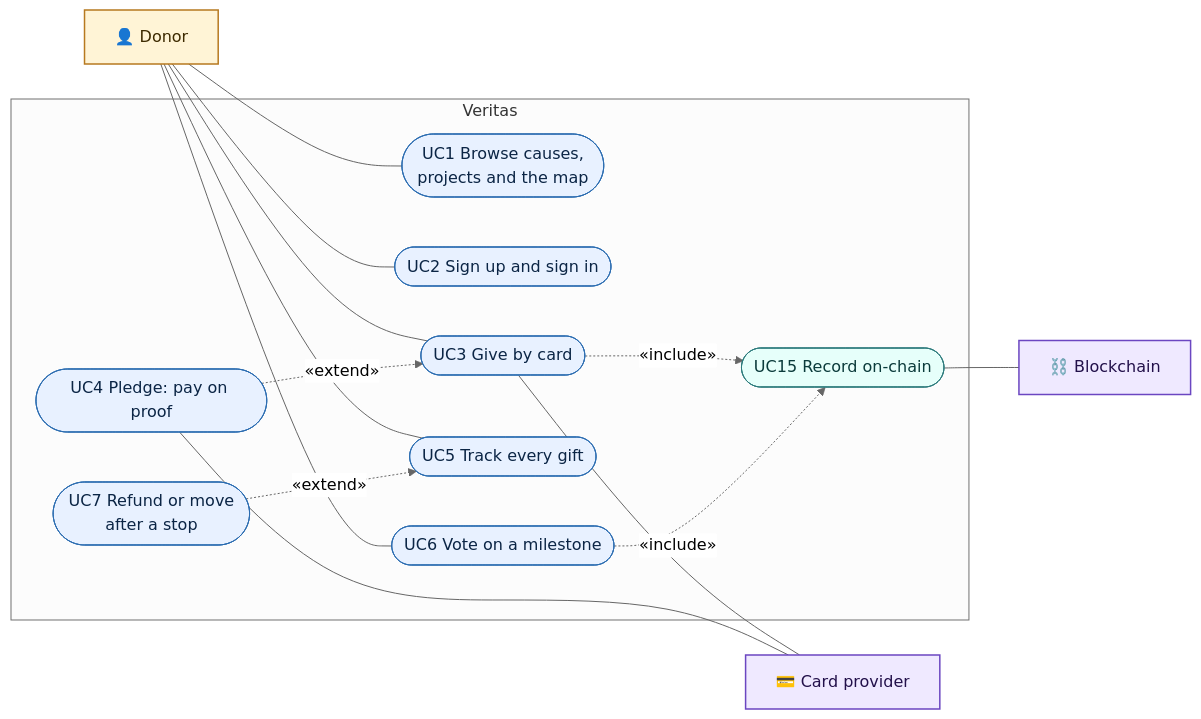
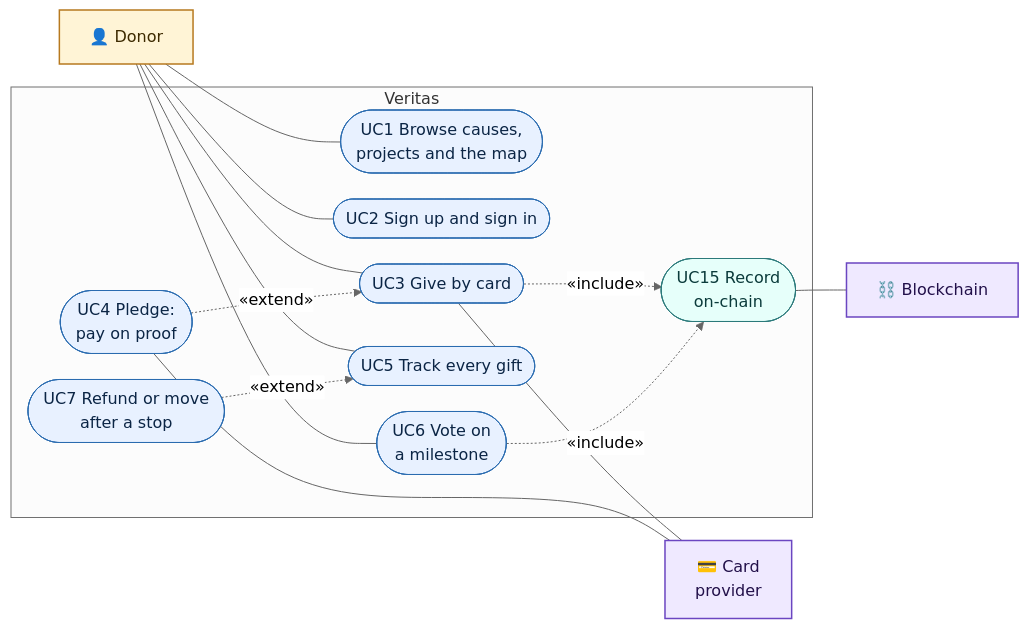
The diagram in docs/diagrams/use-cases-donors.md (eminroot/veritas), drawn with Mermaid (neutral theme) before and after one commit. The commit also changed 60 other files, not shown here.

First line of the commit message:
Laptop screenshots in the readme, and diagrams readable at full size

````diff
--- a/docs/diagrams/use-cases-donors.md
+++ b/docs/diagrams/use-cases-donors.md
@@ -5,30 +5,31 @@
 ```mermaid
+%%{init: {"flowchart": {"rankSpacing": 34, "nodeSpacing": 26}}}%%
 flowchart LR
     classDef actor fill:#FFF4D6,stroke:#B7791F,color:#3D2A00,stroke-width:1.5px
     classDef uc fill:#E8F1FF,stroke:#2B6CB0,color:#0B2545
     classDef shared fill:#E6FFFA,stroke:#2C7A7B,color:#0B3B3B
     classDef system fill:#EFE9FF,stroke:#6B46C1,color:#22104A,stroke-width:1.5px
 
     donor["👤 Donor"]:::actor
     subgraph veritas["Veritas"]
         u1(["UC1 Browse causes,<br/>projects and the map"]):::uc
         u2(["UC2 Sign up and sign in"]):::uc
         u3(["UC3 Give by card"]):::uc
-        u4(["UC4 Pledge: pay on proof"]):::uc
+        u4(["UC4 Pledge:<br/>pay on proof"]):::uc
         u5(["UC5 Track every gift"]):::uc
-        u6(["UC6 Vote on a milestone"]):::uc
+        u6(["UC6 Vote on<br/>a milestone"]):::uc
         u7(["UC7 Refund or move<br/>after a stop"]):::uc
-        u15(["UC15 Record on-chain"]):::shared
+        u15(["UC15 Record<br/>on-chain"]):::shared
     end
-    card["💳 Card provider"]:::system
+    card["💳 Card<br/>provider"]:::system
     chain["⛓️ Blockchain"]:::system
 
     donor --- u1 & u2 & u3 & u5 & u6
     u4 -. "«extend»" .-> u3
     u7 -. "«extend»" .-> u5
     u3 -. "«include»" .-> u15
     u6 -. "«include»" .-> u15
     u3 --- card
     u4 --- card
     u15 --- chain
 ```
````
